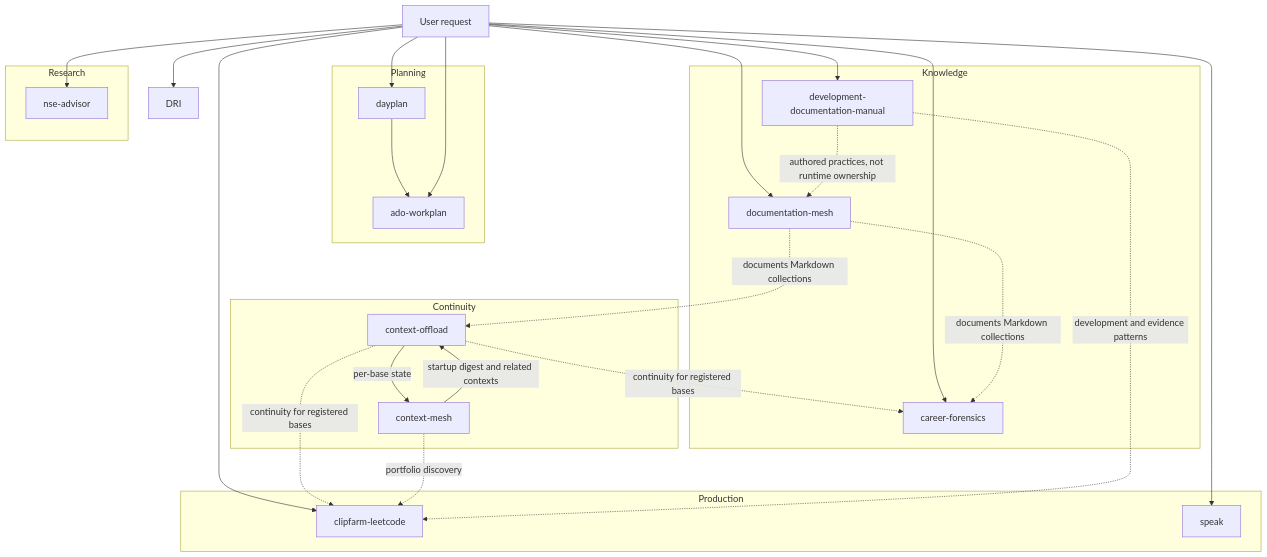
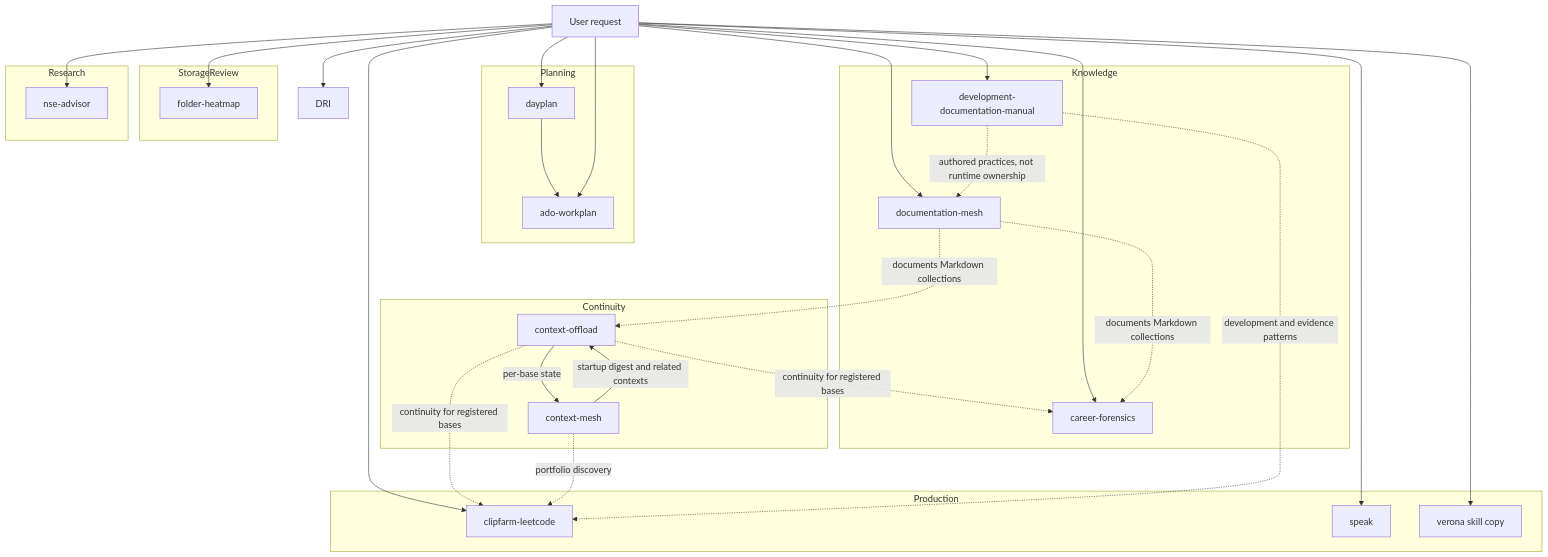
One commit to Zanark/skill-library changed the diagram in docs/SKILL-RELATIONSHIPS.md. Above: the diagram before and after it, drawn with Mermaid. The commit also changed other lines of this file and 19 other files, not shown here.

First line of the commit message:
Document Folder Heatmap and reconcile skill catalogues

````diff
--- a/docs/SKILL-RELATIONSHIPS.md
+++ b/docs/SKILL-RELATIONSHIPS.md
@@ -5,50 +5,57 @@
 ```mermaid
 flowchart TD
     User[User request]
 
     subgraph Planning
         ADO[ado-workplan]
         DAY[dayplan]
         DAY --> ADO
     end
 
     subgraph Continuity
         OFF[context-offload]
         MESH[context-mesh]
         OFF -->|per-base state| MESH
         MESH -->|startup digest and related contexts| OFF
     end
 
     subgraph Knowledge
         CAREER[career-forensics]
         DOCS[documentation-mesh]
         MANUAL[development-documentation-manual]
     end
 
     subgraph Production
         CLIP[clipfarm-leetcode]
         SPEAK[speak]
+        VERONA[verona skill copy]
+    end
+
+    subgraph StorageReview
+        HEAT[folder-heatmap]
     end
 
     subgraph Research
         NSE[nse-advisor]
     end
 
     User --> ADO
     User --> DRI
     User --> DAY
     User --> CAREER
     User --> CLIP
     User --> SPEAK
+    User --> VERONA
+    User --> HEAT
     User --> DOCS
     User --> MANUAL
     User --> NSE
 
     OFF -. continuity for registered bases .-> CLIP
     MESH -. portfolio discovery .-> CLIP
     OFF -. continuity for registered bases .-> CAREER
     DOCS -. documents Markdown collections .-> OFF
     DOCS -. documents Markdown collections .-> CAREER
     MANUAL -. authored practices, not runtime ownership .-> DOCS
     MANUAL -. development and evidence patterns .-> CLIP
 ```
````
